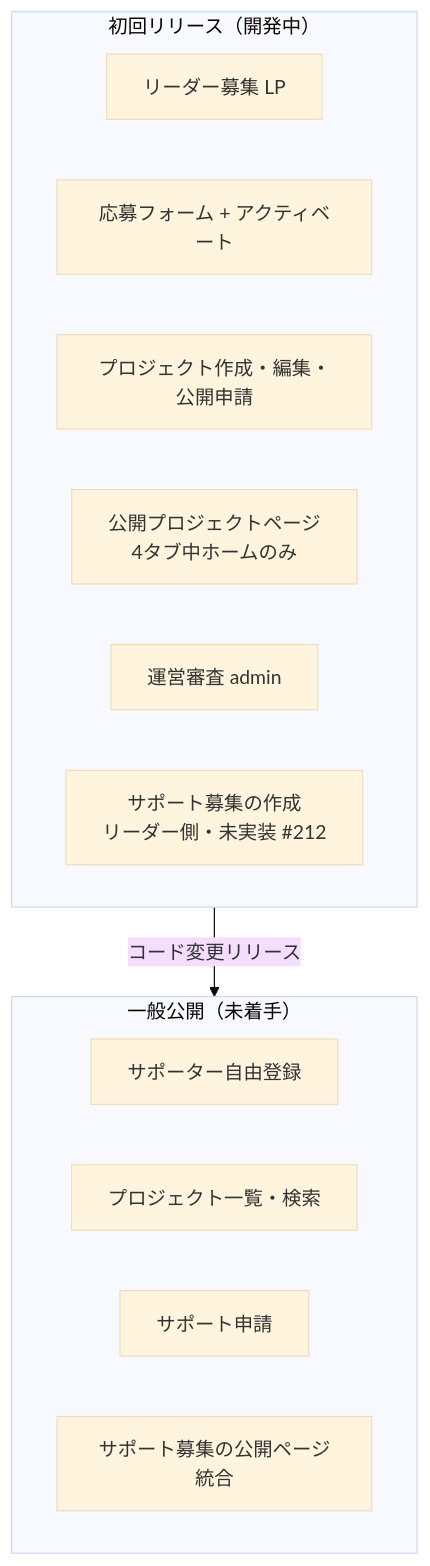
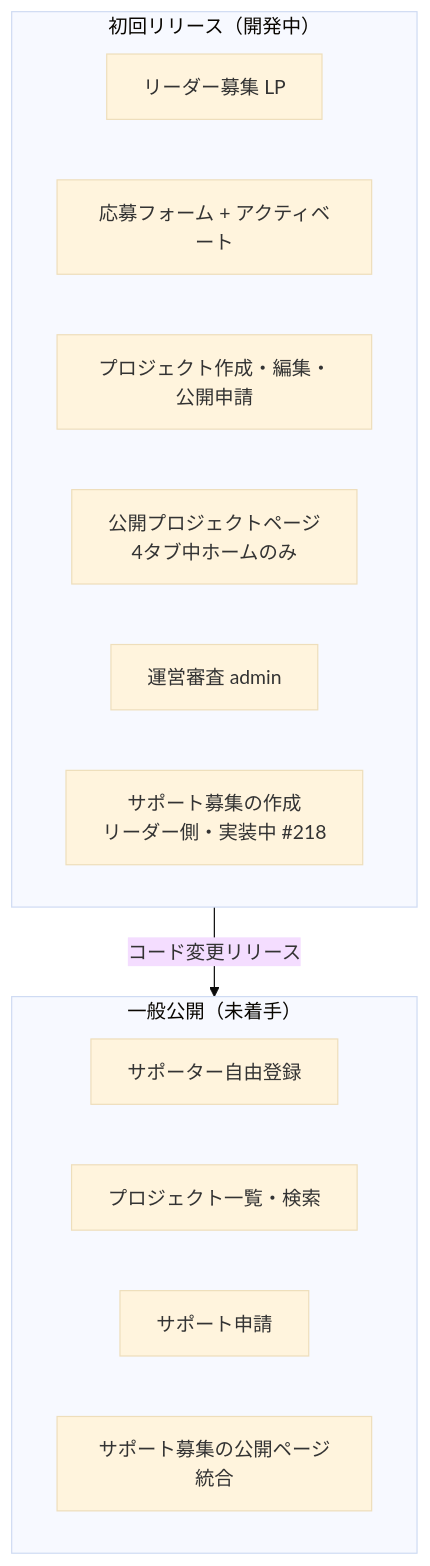
The eighth of 8 diagrams in docs/specs/01_system-architecture.md (Physicalfunding/PhysiFun), drawn with Mermaid (base theme) before and after one commit. The commit also changed other lines of this file and 5 other files, not shown here.

````diff
--- a/docs/specs/01_system-architecture.md
+++ b/docs/specs/01_system-architecture.md
@@ -417,20 +417,20 @@
 ```mermaid
 flowchart TB
     subgraph Initial["初回リリース（開発中）"]
         I1[リーダー募集 LP]
         I2[応募フォーム + アクティベート]
         I3[プロジェクト作成・編集・公開申請]
         I4[公開プロジェクトページ<br/>4タブ中ホームのみ]
         I5[運営審査 admin]
-        I6[サポート募集の作成<br/>リーダー側・未実装 #212]
+        I6[サポート募集の作成<br/>リーダー側・実装中 #218]
     end
 
     subgraph Public["一般公開（未着手）"]
         G1[サポーター自由登録]
         G2[プロジェクト一覧・検索]
         G3[サポート申請]
         G4[サポート募集の公開ページ統合]
     end
 
     Initial -->|コード変更リリース| Public
 ```
````
